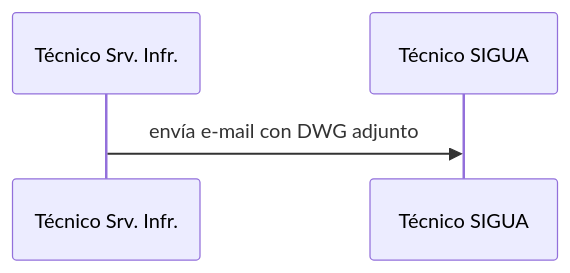
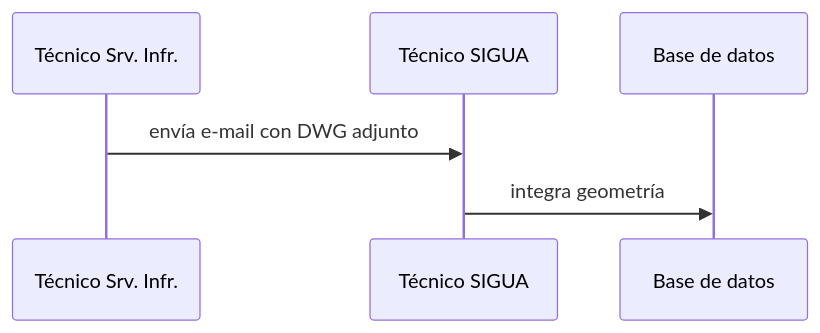
The diagram in v-cad-get.md (labgeo/ua-mods), drawn with Mermaid before and after one commit.

```diff
--- a/v-cad-get.md
+++ b/v-cad-get.md
@@ -4,4 +4,5 @@
 {% mermaid %}
 sequenceDiagram;
   Técnico Srv. Infr.->>Técnico SIGUA: envía e-mail con DWG adjunto;
+  Técnico SIGUA->>Base de datos: integra geometría
 {% endmermaid %}
```
